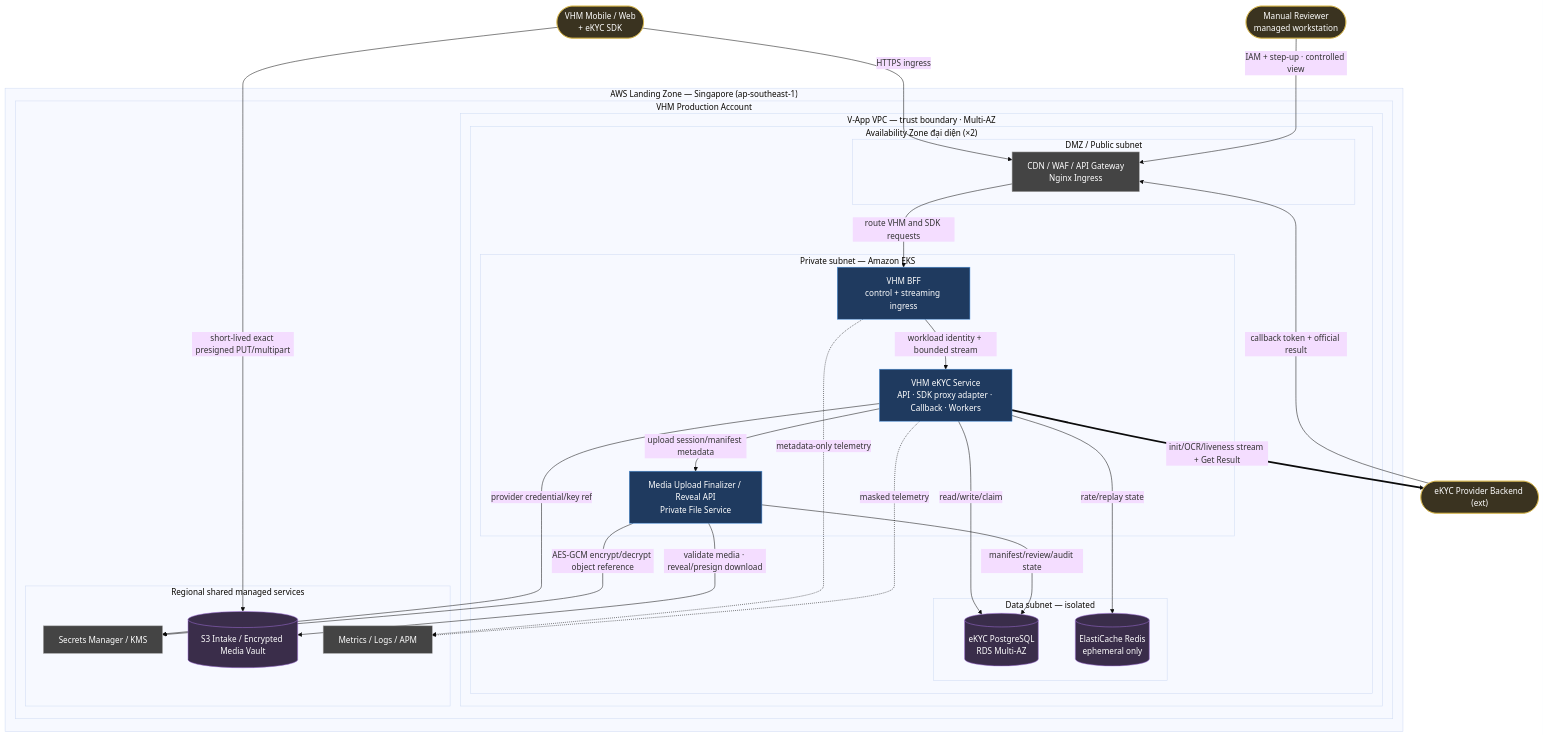
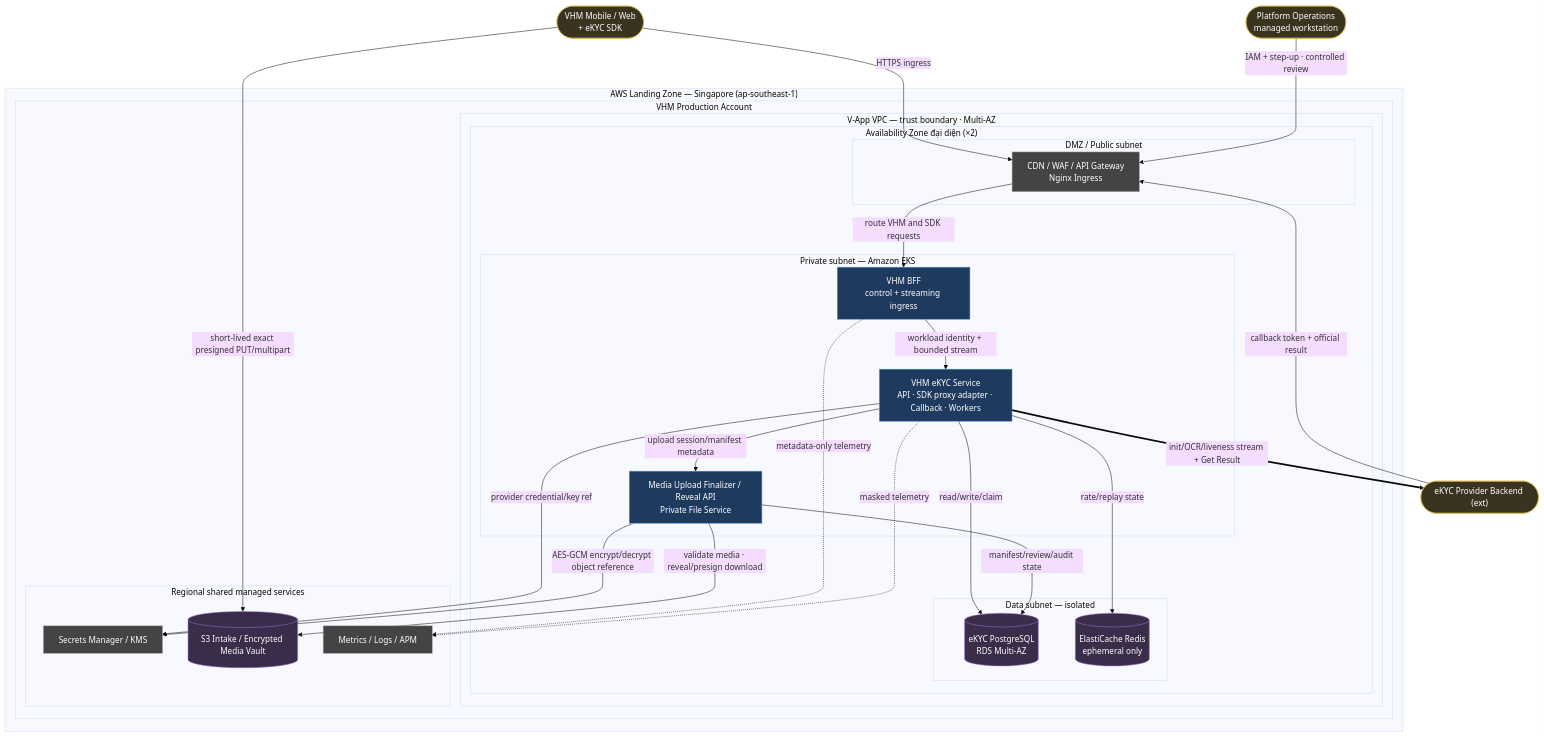
Diagram 18 of 19 in tdd2.md (huynv-xyz/vhm), drawn with Mermaid (base theme) before and after one commit. The commit also changed other lines of this file, not shown here.

````diff
--- a/tdd2.md
+++ b/tdd2.md
@@ -1522,54 +1544,54 @@
 ```mermaid
 flowchart TB
     CLIENT(["VHM Mobile / Web<br/>+ eKYC SDK"]):::entity
-    REVIEWER(["Manual Reviewer<br/>managed workstation"]):::entity
+    OPERATIONS(["Platform Operations<br/>managed workstation"]):::entity
     PROVIDER(["eKYC Provider Backend (ext)"]):::entity
 
     subgraph LZ["AWS Landing Zone — Singapore (ap-southeast-1)"]
         subgraph ACCOUNT["VHM Production Account"]
             subgraph VPC["V-App VPC — trust boundary · Multi-AZ"]
                 subgraph AZ["Availability Zone đại diện (×2)"]
                     subgraph EDGE["DMZ / Public subnet"]
                         GATEWAY["CDN / WAF / API Gateway<br/>Nginx Ingress"]:::infra
                     end
                     subgraph APPZONE["Private subnet — Amazon EKS"]
                         BFF["VHM BFF<br/>control + streaming ingress"]:::bc
                         EKYC_SERVICE["VHM eKYC Service<br/>API · SDK proxy adapter · Callback · Workers"]:::bc
                         MEDIA_WORKLOAD["Media Upload Finalizer / Reveal API<br/>Private File Service"]:::bc
                     end
                     subgraph DATAZONE["Data subnet — isolated"]
                         RDS[("eKYC PostgreSQL<br/>RDS Multi-AZ")]:::datastore
                         REDIS[("ElastiCache Redis<br/>ephemeral only")]:::datastore
                     end
                 end
             end
             subgraph SHARED["Regional shared managed services"]
                 SECRET["Secrets Manager / KMS"]:::infra
                 S3[("S3 Intake / Encrypted Media Vault")]:::datastore
                 OBS["Metrics / Logs / APM"]:::infra
             end
         end
     end
 
     CLIENT -->|HTTPS ingress| GATEWAY
-    REVIEWER -->|IAM + step-up · controlled view| GATEWAY
+    OPERATIONS -->|IAM + step-up · controlled review| GATEWAY
     CLIENT -->|short-lived exact presigned PUT/multipart| S3
     PROVIDER -->|callback token + official result| GATEWAY
     GATEWAY -->|route VHM and SDK requests| BFF
     BFF -->|workload identity + bounded stream| EKYC_SERVICE
     EKYC_SERVICE -->|read/write/claim| RDS
     EKYC_SERVICE -->|rate/replay state| REDIS
     EKYC_SERVICE -->|provider credential/key ref| SECRET
     EKYC_SERVICE -->|upload session/manifest metadata| MEDIA_WORKLOAD
     MEDIA_WORKLOAD -->|validate media · reveal/presign download| S3
     MEDIA_WORKLOAD -->|AES-GCM encrypt/decrypt object reference| SECRET
     MEDIA_WORKLOAD -->|manifest/review/audit state| RDS
     BFF -.->|metadata-only telemetry| OBS
     EKYC_SERVICE -.->|masked telemetry| OBS
     EKYC_SERVICE ==>|init/OCR/liveness stream + Get Result| PROVIDER
 
     classDef bc fill:#1f3a5f,stroke:#4a90d9,color:#fff;
     classDef entity fill:#3a3320,stroke:#d9b84a,color:#fff;
     classDef datastore fill:#3a2d4a,stroke:#a06fd9,color:#fff;
     classDef infra fill:#444,stroke:#aaa,color:#fff;
 ```
````
